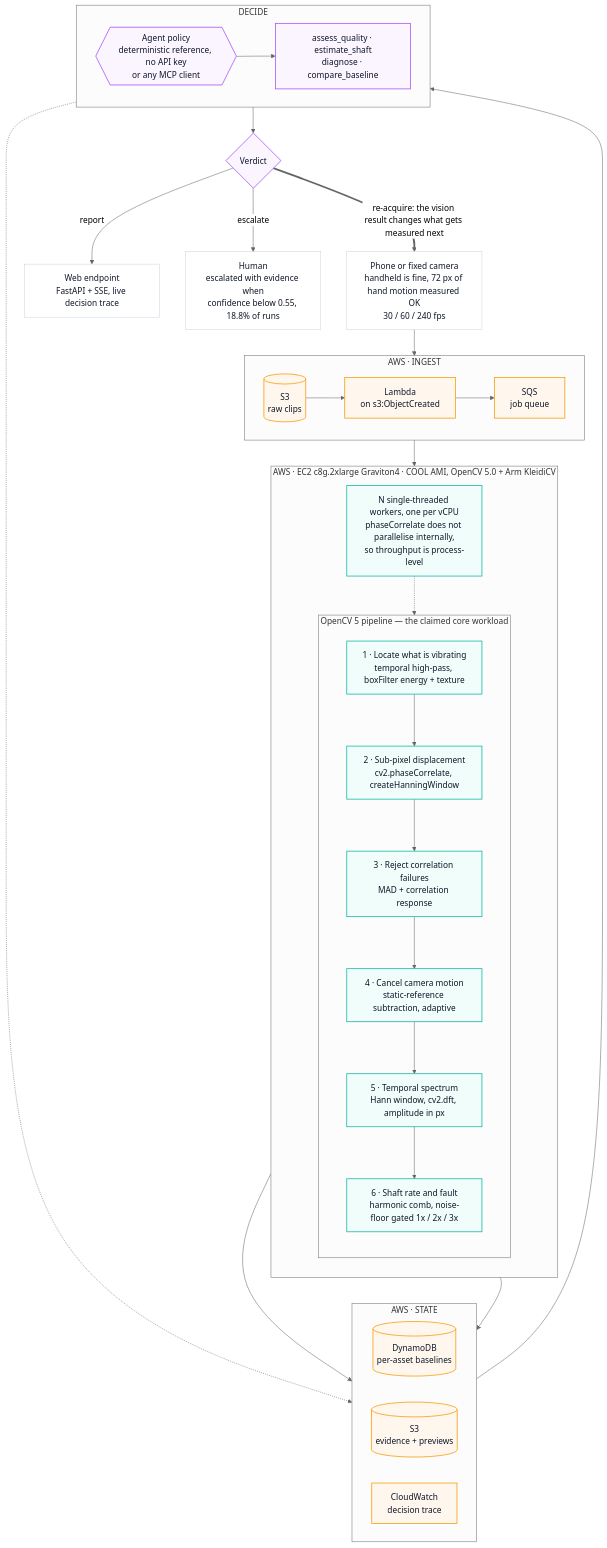
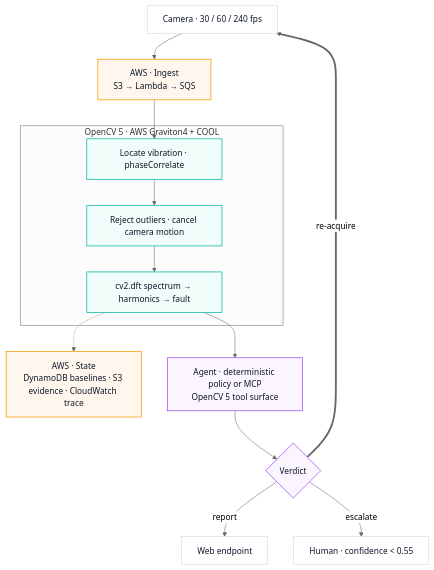
Before and after one commit to TusharTechs/tremorcv: the diagram in docs/architecture.mmd, drawn with Mermaid (neutral theme). The commit also changed 2 other files, not shown here.

```diff
--- a/docs/architecture.mmd
+++ b/docs/architecture.mmd
@@ -1,69 +1,28 @@
 flowchart TB
-  CAM["Phone or fixed camera<br/>handheld is fine, 72 px of hand motion measured OK<br/>30 / 60 / 240 fps"]
-
-  subgraph ING["AWS · INGEST"]
-    direction LR
-    S3R[("S3<br/>raw clips")]
-    LAM["Lambda<br/>on s3:ObjectCreated"]
-    SQS["SQS<br/>job queue"]
-    S3R --> LAM
-    LAM --> SQS
+  CAM["Camera · 30 / 60 / 240 fps"]
+  ING["AWS · Ingest<br/>S3 → Lambda → SQS"]
+  subgraph CMP["OpenCV 5 · AWS Graviton4 + COOL"]
+    P1["Locate vibration · phaseCorrelate"]
+    P2["Reject outliers · cancel camera motion"]
+    P3["cv2.dft spectrum → harmonics → fault"]
+    P1 --> P2 --> P3
   end
-
-  subgraph CMP["AWS · EC2 c8g.2xlarge Graviton4 · COOL AMI, OpenCV 5.0 + Arm KleidiCV"]
-    direction TB
-    W["N single-threaded workers, one per vCPU<br/>phaseCorrelate does not parallelise internally,<br/>so throughput is process-level"]
-    subgraph CV["OpenCV 5 pipeline — the claimed core workload"]
-      direction TB
-      P1["1 · Locate what is vibrating<br/>temporal high-pass, boxFilter energy + texture"]
-      P2["2 · Sub-pixel displacement<br/>cv2.phaseCorrelate, createHanningWindow"]
-      P3["3 · Reject correlation failures<br/>MAD + correlation response"]
-      P4["4 · Cancel camera motion<br/>static-reference subtraction, adaptive"]
-      P5["5 · Temporal spectrum<br/>Hann window, cv2.dft, amplitude in px"]
-      P6["6 · Shaft rate and fault<br/>harmonic comb, noise-floor gated 1x / 2x / 3x"]
-      P1 --> P2
-      P2 --> P3
-      P3 --> P4
-      P4 --> P5
-      P5 --> P6
-    end
-    W -.-> P1
-  end
-
-  subgraph ST["AWS · STATE"]
-    direction LR
-    DDB[("DynamoDB<br/>per-asset baselines")]
-    S3E[("S3<br/>evidence + previews")]
-    CW["CloudWatch<br/>decision trace"]
-  end
-
-  subgraph AG["DECIDE"]
-    direction LR
-    POL{{"Agent policy<br/>deterministic reference, no API key<br/>or any MCP client"}}
-    TOOL["assess_quality · estimate_shaft<br/>diagnose · compare_baseline"]
-    POL --> TOOL
-  end
-
+  ST["AWS · State<br/>DynamoDB baselines · S3 evidence · CloudWatch trace"]
+  AG["Agent · deterministic policy or MCP<br/>OpenCV 5 tool surface"]
   VER{"Verdict"}
-  UI["Web endpoint<br/>FastAPI + SSE, live decision trace"]
-  HUM["Human<br/>escalated with evidence when<br/>confidence below 0.55, 18.8% of runs"]
-
-  CAM --> S3R
-  SQS --> P1
-  P6 --> DDB
-  P6 --> S3E
-  DDB --> POL
-  TOOL --> VER
-  TOOL -.-> CW
+  UI["Web endpoint"]
+  HUM["Human · confidence &lt; 0.55"]
+  CAM --> ING --> P1
+  P3 --> AG --> VER
+  P3 -.-> ST
   VER -->|report| UI
   VER -->|escalate| HUM
-  VER ==>|"re-acquire: the vision result changes what gets measured next"| CAM
-
+  VER ==>|re-acquire| CAM
   classDef aws fill:#fff7ed,stroke:#f59e0b,stroke-width:1.5px,color:#0f172a
   classDef cv fill:#f0fdfa,stroke:#14b8a6,stroke-width:1.5px,color:#0f172a
   classDef ag fill:#faf5ff,stroke:#a855f7,stroke-width:1.5px,color:#0f172a
   classDef pl fill:#ffffff,stroke:#cbd5e1,color:#0f172a
-  class S3R,LAM,SQS,DDB,S3E,CW aws
-  class P1,P2,P3,P4,P5,P6,W cv
-  class POL,TOOL,VER ag
+  class ING,ST aws
+  class P1,P2,P3 cv
+  class AG,VER ag
   class CAM,UI,HUM pl
```
